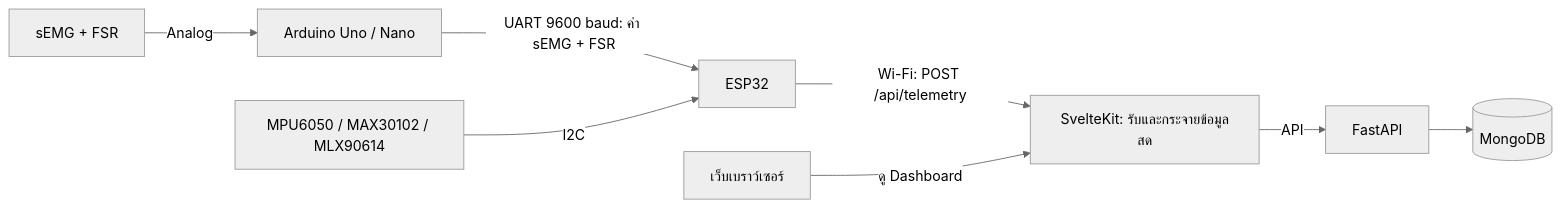
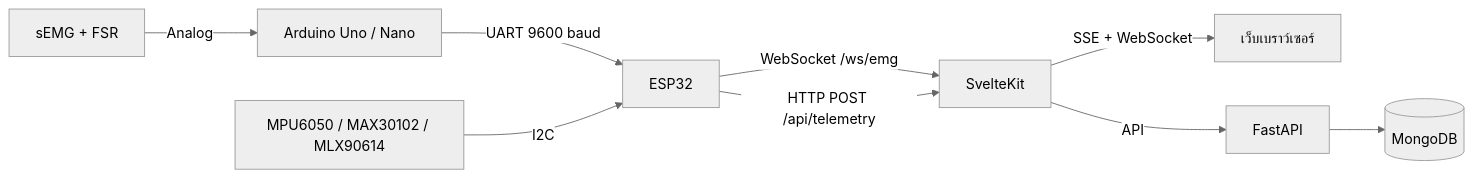
The diagram in README.md (Fishcanwalk/muscle-activity-analyzer), drawn with Mermaid (neutral theme) before and after one commit. The commit also changed other lines of this file and 2 other files, not shown here.

First line of the commit message:
Add ESP32 board configuration and main application code

````diff
--- a/README.md
+++ b/README.md
@@ -24,10 +26,11 @@
 ```mermaid
 flowchart LR
     EMGFSR[sEMG + FSR] -->|Analog| Uno[Arduino Uno / Nano]
-    Uno -->|UART 9600 baud: ค่า sEMG + FSR| ESP32[ESP32]
+    Uno -->|UART 9600 baud| ESP32[ESP32]
     OtherSensors[MPU6050 / MAX30102 / MLX90614] -->|I2C| ESP32
-    ESP32 -->|Wi-Fi: POST /api/telemetry| Web[SvelteKit: รับและกระจายข้อมูลสด]
-    Browser[เว็บเบราว์เซอร์] -->|ดู Dashboard| Web
+    ESP32 -->|WebSocket /ws/emg| Web[SvelteKit]
+    ESP32 -->|HTTP POST /api/telemetry| Web
+    Web -->|SSE + WebSocket| Browser[เว็บเบราว์เซอร์]
     Web -->|API| Backend[FastAPI]
     Backend --> Mongo[(MongoDB)]
 ```
````
